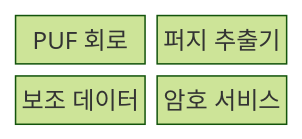
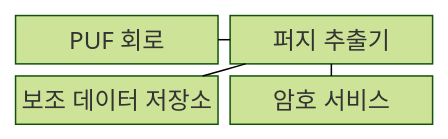
The first of 2 diagrams in src/content/docs/notes/02-hardware/070_physical_unclonable_function.md (agnusdei1207/knowledge-base), drawn with Mermaid (forest theme) before and after one commit. The commit also changed other lines of this file and 20 other files, not shown here.

````diff
--- a/src/content/docs/notes/02-hardware/070_physical_unclonable_function.md
+++ b/src/content/docs/notes/02-hardware/070_physical_unclonable_function.md
@@ -68,8 +71,11 @@
 ```mermaid
-block-beta
+block
   columns 2
   A["PUF 회로"]
   B["퍼지 추출기"]
-  C["보조 데이터"]
+  C["보조 데이터 저장소"]
   D["암호 서비스"]
+  A --- B
+  C --- B
+  B --- D
 ```
````
